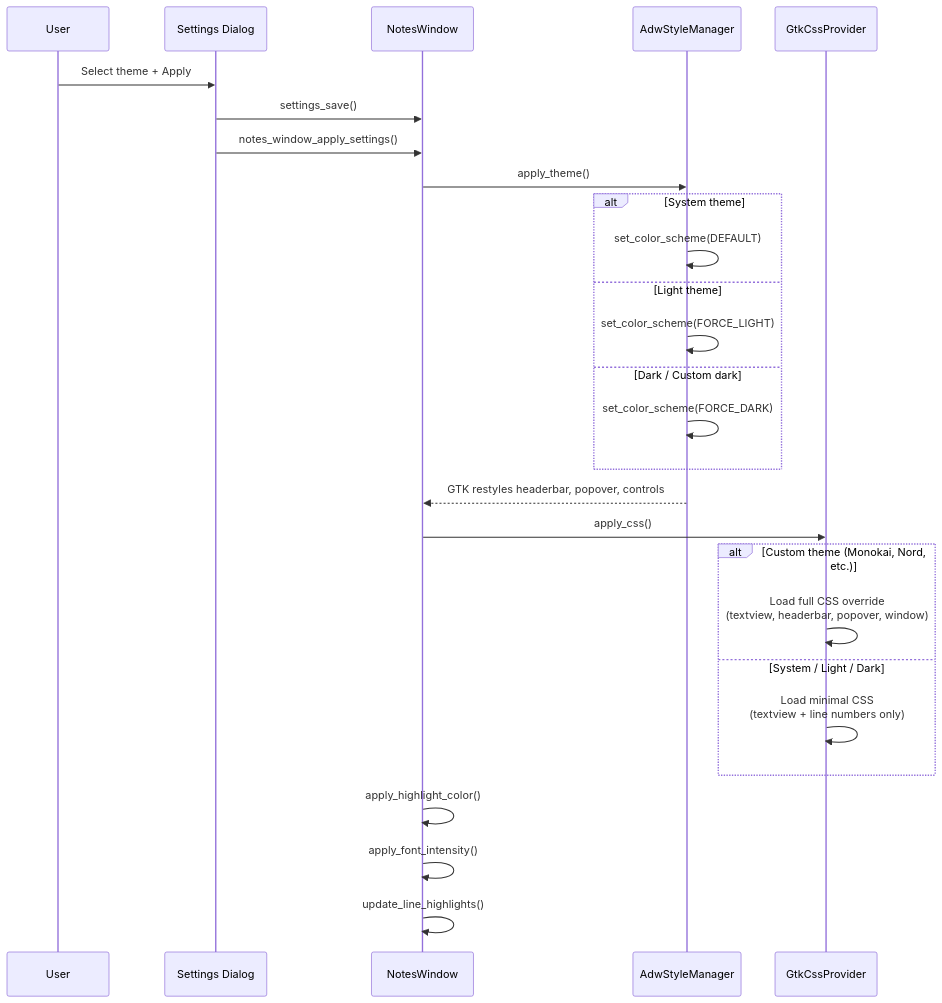
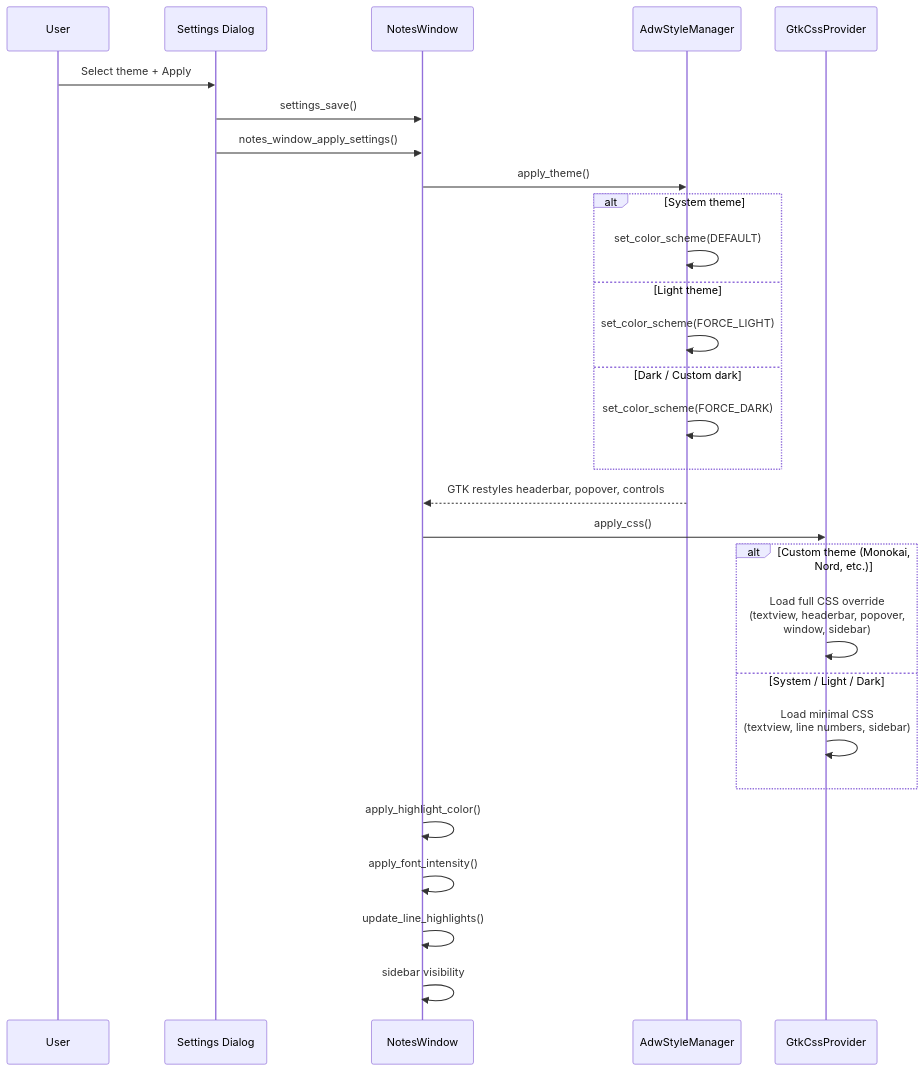
The second of 7 diagrams in docs/diagrams.md (dkrse/notes-desktop), drawn with Mermaid before and after one commit. The commit also changed other lines of this file and 19 other files, not shown here.

````diff
--- a/docs/diagrams.md
+++ b/docs/diagrams.md
@@ -36,35 +57,36 @@
 ```mermaid
 sequenceDiagram
     participant U as User
     participant D as Settings Dialog
     participant W as NotesWindow
     participant SM as AdwStyleManager
     participant CSS as GtkCssProvider
 
     U->>D: Select theme + Apply
     D->>W: settings_save()
     D->>W: notes_window_apply_settings()
     W->>SM: apply_theme()
 
     alt System theme
         SM->>SM: set_color_scheme(DEFAULT)
     else Light theme
         SM->>SM: set_color_scheme(FORCE_LIGHT)
     else Dark / Custom dark
         SM->>SM: set_color_scheme(FORCE_DARK)
     end
 
     SM-->>W: GTK restyles headerbar, popover, controls
 
     W->>CSS: apply_css()
 
     alt Custom theme (Monokai, Nord, etc.)
-        CSS->>CSS: Load full CSS override<br/>(textview, headerbar, popover, window)
+        CSS->>CSS: Load full CSS override<br/>(textview, headerbar, popover,<br/>window, sidebar)
     else System / Light / Dark
-        CSS->>CSS: Load minimal CSS<br/>(textview + line numbers only)
+        CSS->>CSS: Load minimal CSS<br/>(textview, line numbers, sidebar)
     end
 
     W->>W: apply_highlight_color()
     W->>W: apply_font_intensity()
     W->>W: update_line_highlights()
+    W->>W: sidebar visibility
 ```
````
